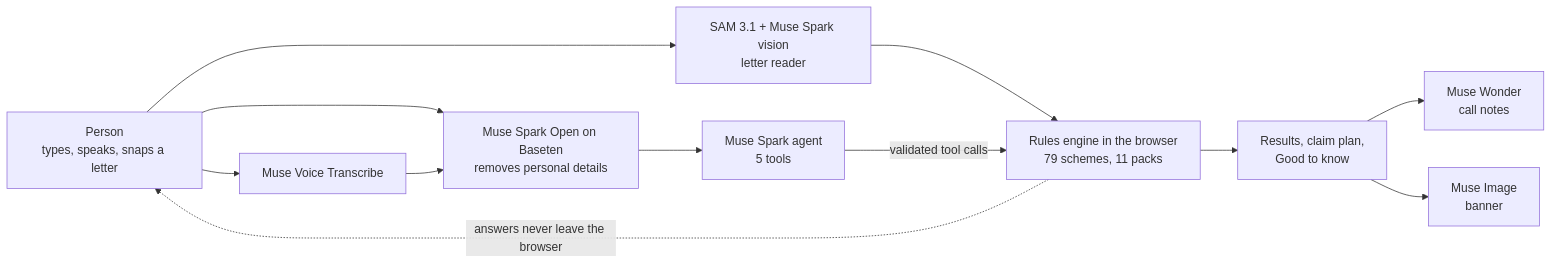
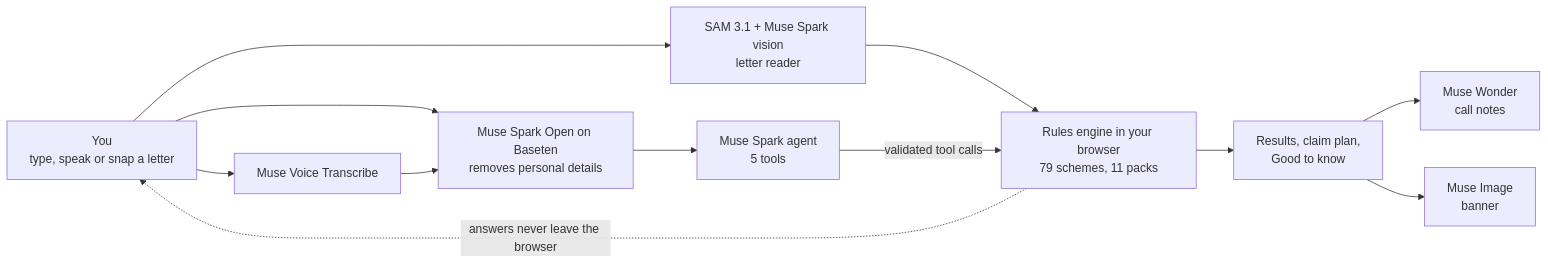
Before and after one commit to Dinesh-Sunny/beacon: the diagram in README.md, drawn with Mermaid. The commit also changed other lines of this file and 1 other file, not shown here.

````diff
--- a/README.md
+++ b/README.md
@@ -72,14 +103,14 @@
 ```mermaid
 flowchart LR
-  P["Person<br/>types, speaks, snaps a letter"] --> V[Muse Voice Transcribe]
+  P["You<br/>type, speak or snap a letter"] --> V[Muse Voice Transcribe]
   P --> S[SAM 3.1 + Muse Spark vision<br/>letter reader]
   P --> O["Muse Spark Open on Baseten<br/>removes personal details"]
   V --> O
   O --> A["Muse Spark agent<br/>5 tools"]
   S --> C
-  A -->|validated tool calls| C["Rules engine in the browser<br/>79 schemes, 11 packs"]
+  A -->|validated tool calls| C["Rules engine in your browser<br/>79 schemes, 11 packs"]
   C --> R["Results, claim plan,<br/>Good to know"]
   R --> W[Muse Wonder<br/>call notes]
   R --> I[Muse Image<br/>banner]
   C -.->|answers never leave the browser| P
 ```
````
